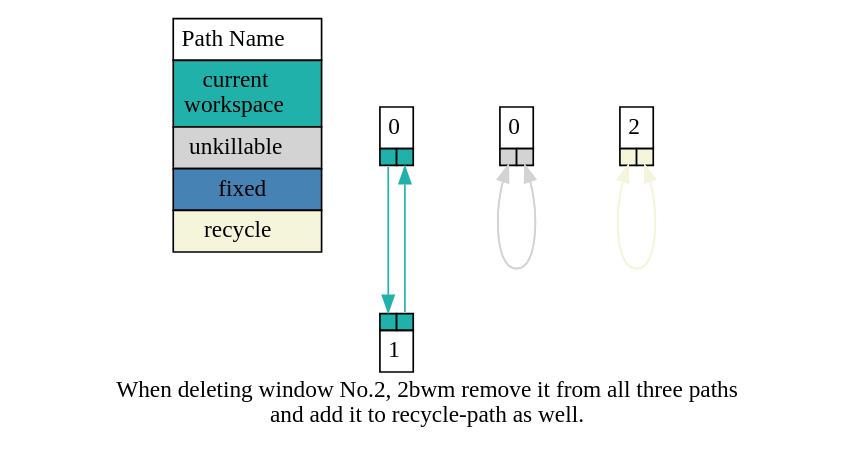
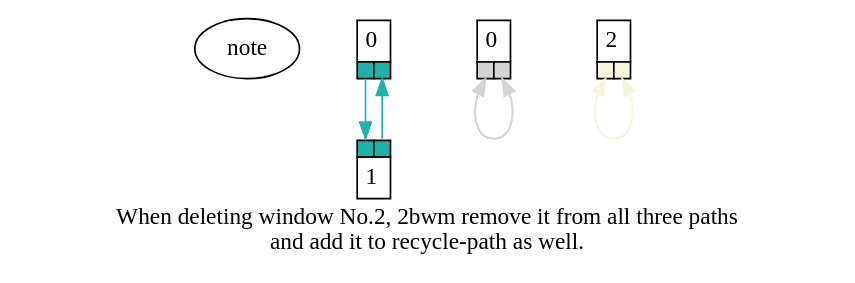
Before and after one commit to netcrop/2bwm: the diagram in src/data2.gv, drawn with Graphviz.

Commit message:
2020-04-06 08:06:34

```diff
--- a/src/data2.gv
+++ b/src/data2.gv
@@ -1,73 +1,54 @@
 digraph ports {
     { rank=same;note}
     { rank=same;n0;n3;n5}
     { rank=same;n1;}
     splines=polyline;
     n0 [shape=none,margin=0,label=<
     <table border="0" cellborder="1" cellspacing="0" cellpadding="4">
         <tr>
             <td colspan="2">0</td>
         </tr>
         <tr>
             <td port="1" bgcolor="lightseagreen"></td>
             <td port="2" bgcolor="lightseagreen"></td>
         </tr>
     </table>>];
     n1 [shape=none,margin=0,label=<
     <table border="0" cellborder="1" cellspacing="0" cellpadding="4">
         <tr>
             <td port="1" bgcolor="lightseagreen"></td>
             <td port="2" bgcolor="lightseagreen"></td>
         </tr>
         <tr>
             <td colspan="2">1</td>
         </tr>
     </table>>];
     n3 [shape=none,margin=0,label=<
     <table border="0" cellborder="1" cellspacing="0" cellpadding="4">
         <tr>
             <td colspan="2">0</td>
         </tr>
         <tr>
             <td port="1" bgcolor="lightgrey"></td>
             <td port="2" bgcolor="lightgrey"></td>
         </tr>
     </table>>];
     n5 [shape=none,margin=0,label=<
     <table border="0" cellborder="1" cellspacing="0" cellpadding="4">
         <tr>
             <td colspan="2">2</td>
         </tr>
         <tr>
             <td port="1" bgcolor="beige"></td>
             <td port="2" bgcolor="beige"></td>
         </tr>
     </table>>];
-    note [shape=none,margin=0,label=<
-    <table border="0" cellborder="1" cellspacing="0" cellpadding="4">
-        <tr>
-            <td colspan="2" bgcolor="white">Path Name</td>
-        </tr>
-        <tr>
-            <td colspan="2" bgcolor="lightseagreen">current<br/>workspace</td>
-        </tr>
-        <tr>
-            <td colspan="2" bgcolor="lightgrey">unkillable</td>
-        </tr>
-        <tr>
-            <td colspan="2" bgcolor="steelblue">fixed</td>
-        </tr>
-        <tr>
-            <td colspan="2" bgcolor="beige">recycle</td>
-        </tr>
-    </table>>];
-
     n0:1 -> n1:1 [arrowhead=normal,color=lightseagreen;weight=10;];
     n1:2 -> n0:2 [arrowhead=normal,color=lightseagreen;weight=10];
     n3:1:s -> n3:2:s [arrowhead=normal,color=lightgrey;weight=10];
     n3:2:s -> n3:1:s [arrowhead=normal,color=lightgrey;weight=10];
     n5:1:s -> n5:2:s [arrowhead=normal,color=beige;weight=10];
     n5:2:s -> n5:1:s [arrowhead=normal,color=beige;weight=10];
 label = "When deleting window No.2, 2bwm remove it from all three paths
 and add it to recycle-path as well.";
 }
```
